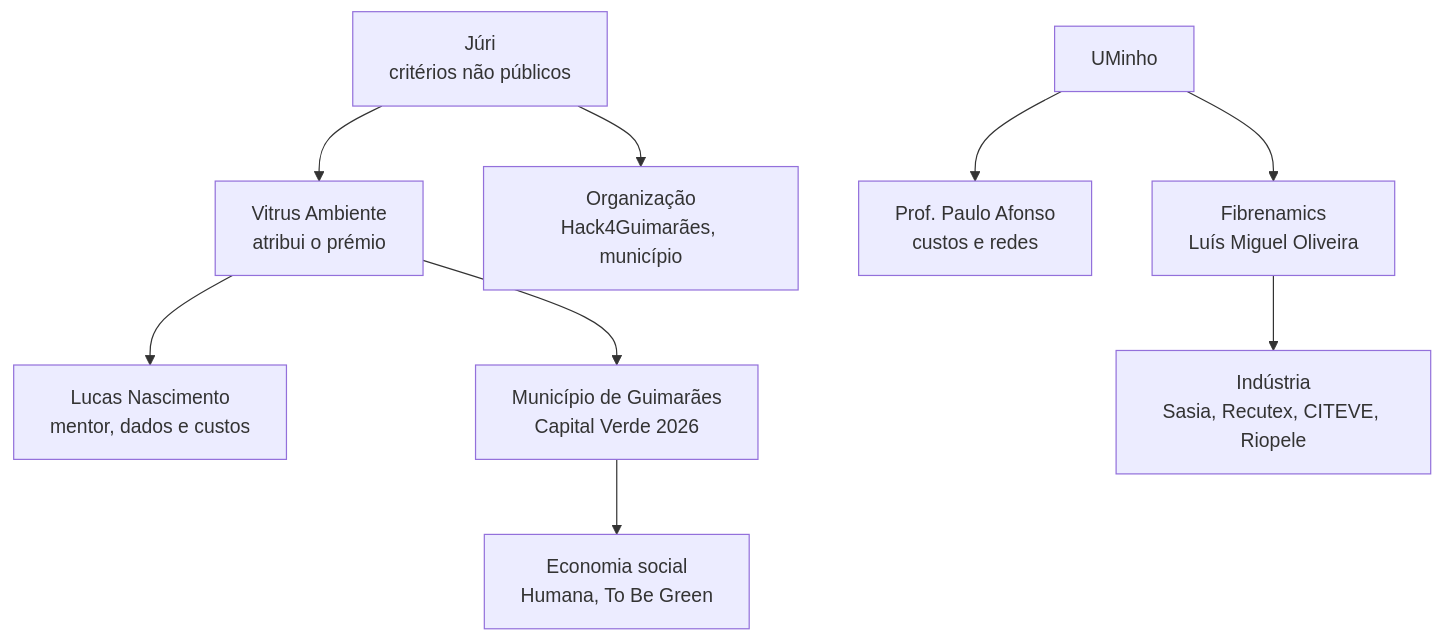
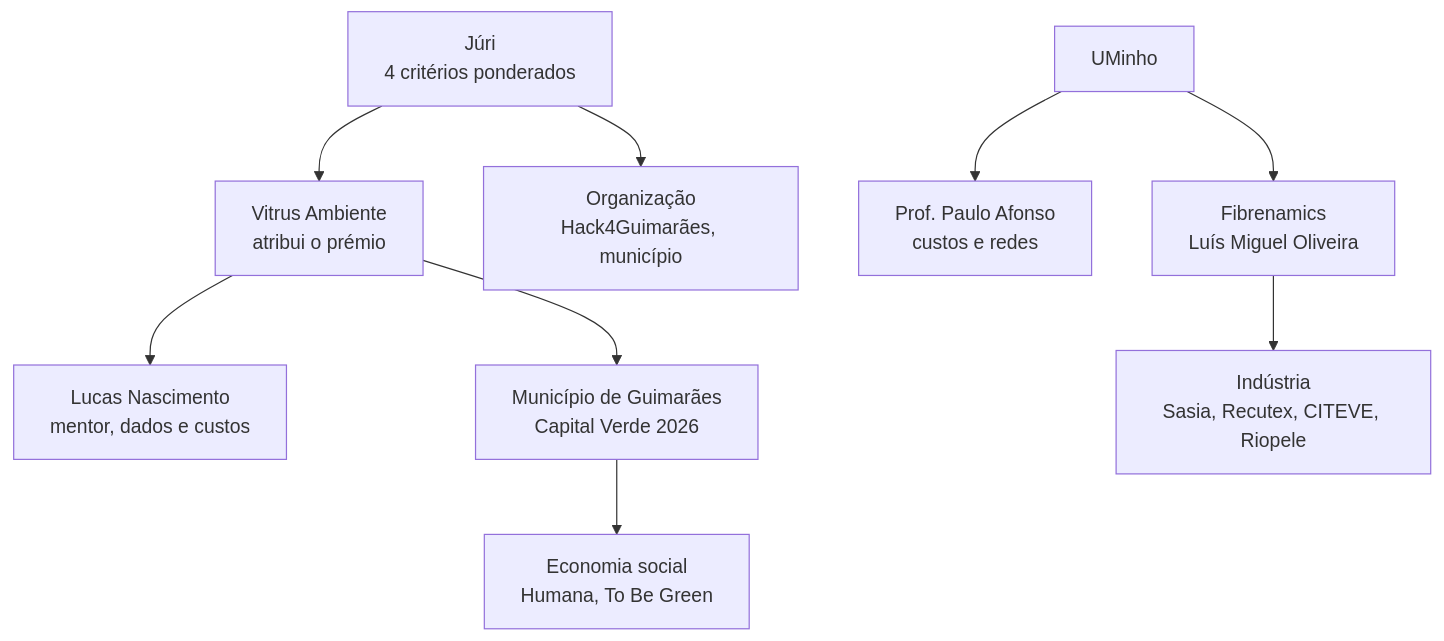
Before and after one commit to helderpgoncalves/novelo: the first of 2 diagrams in docs/projeto/estrategia-para-ganhar.md, drawn with Mermaid. The commit also changed other lines of this file, not shown here.

````diff
--- a/docs/projeto/estrategia-para-ganhar.md
+++ b/docs/projeto/estrategia-para-ganhar.md
@@ -56,11 +57,11 @@
 ```mermaid
 flowchart TB
-    J["Júri<br/>critérios não públicos"] --> V["Vitrus Ambiente<br/>atribui o prémio"]
+    J["Júri<br/>4 critérios ponderados"] --> V["Vitrus Ambiente<br/>atribui o prémio"]
     V --> LN["Lucas Nascimento<br/>mentor, dados e custos"]
     J --> O["Organização<br/>Hack4Guimarães, município"]
     UM["UMinho"] --> PA["Prof. Paulo Afonso<br/>custos e redes"]
     UM --> FB["Fibrenamics<br/>Luís Miguel Oliveira"]
     FB --> IND["Indústria<br/>Sasia, Recutex, CITEVE, Riopele"]
     V --> MUN["Município de Guimarães<br/>Capital Verde 2026"]
     MUN --> ES["Economia social<br/>Humana, To Be Green"]
 ```
````
